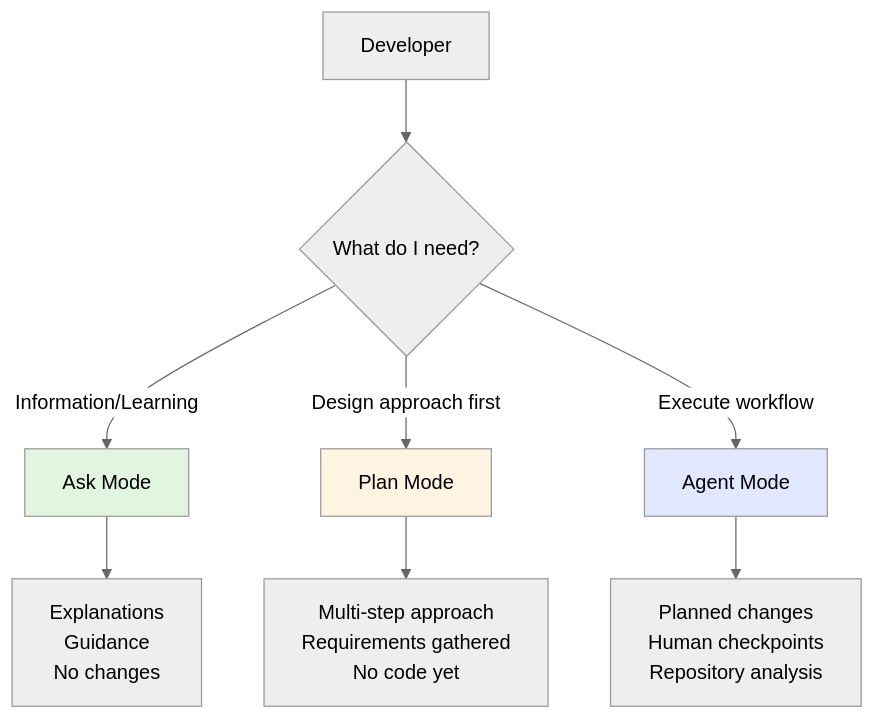
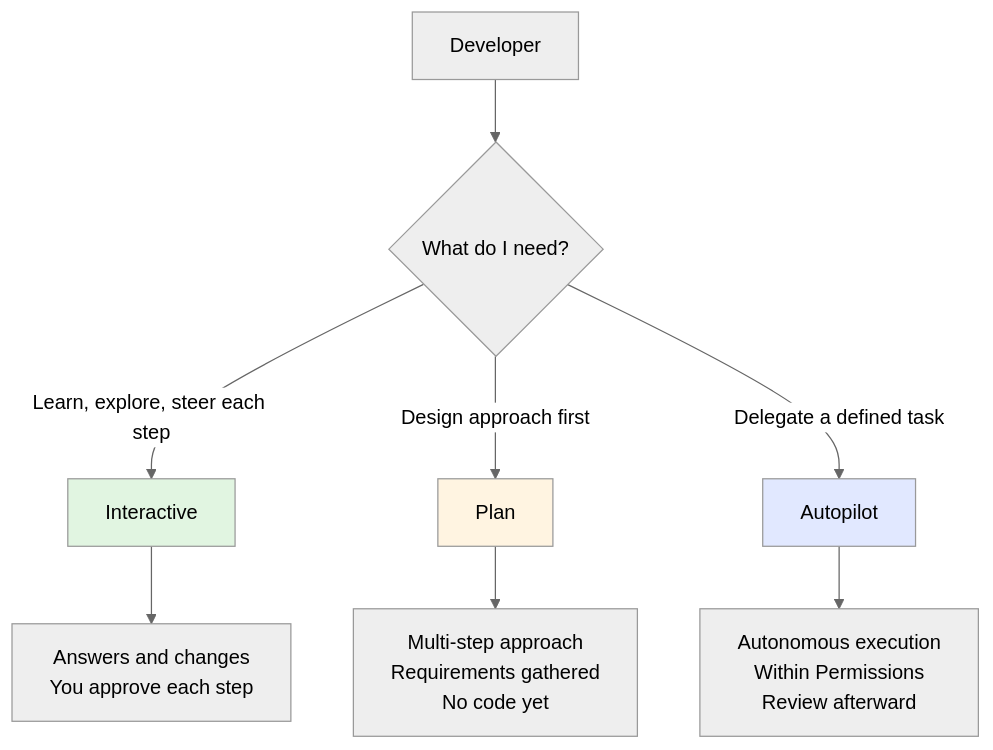
The first of 6 diagrams in docs/design/diagrams/copilot-interaction-models.md (centricconsulting/ai-coding-workshop), drawn with Mermaid (neutral theme) before and after one commit. The commit also changed other lines of this file and 21 other files, not shown here.

First line of the commit message:
docs: update interaction models for Interactive, Plan, and Autopilot modes

````diff
--- a/docs/design/diagrams/copilot-interaction-models.md
+++ b/docs/design/diagrams/copilot-interaction-models.md
@@ -7,16 +9,16 @@
 ```mermaid
 graph TB
     User[Developer] --> Decision{What do I need?}
-    
-    Decision -->|Information/Learning| Ask[Ask Mode]
-    Decision -->|Design approach first| Plan[Plan Mode]
-    Decision -->|Execute workflow| Agent[Agent Mode]
-    
-    Ask --> AskResult[Explanations<br/>Guidance<br/>No changes]
+
+    Decision -->|Learn, explore, steer each step| Interactive[Interactive]
+    Decision -->|Design approach first| Plan[Plan]
+    Decision -->|Delegate a defined task| Autopilot[Autopilot]
+
+    Interactive --> InteractiveResult[Answers and changes<br/>You approve each step]
     Plan --> PlanResult[Multi-step approach<br/>Requirements gathered<br/>No code yet]
-    Agent --> AgentResult[Planned changes<br/>Human checkpoints<br/>Repository analysis]
-    
-    style Ask fill:#e1f5e1
+    Autopilot --> AutopilotResult[Autonomous execution<br/>Within Permissions<br/>Review afterward]
+
+    style Interactive fill:#e1f5e1
     style Plan fill:#fff4e1
-    style Agent fill:#e1e8ff
+    style Autopilot fill:#e1e8ff
 ```
````
